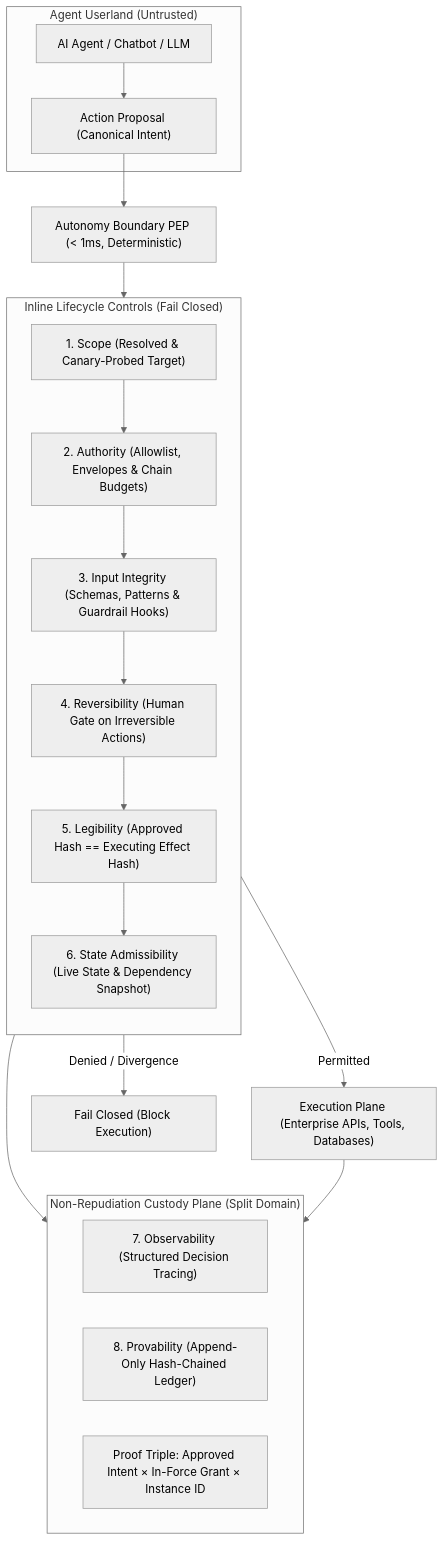
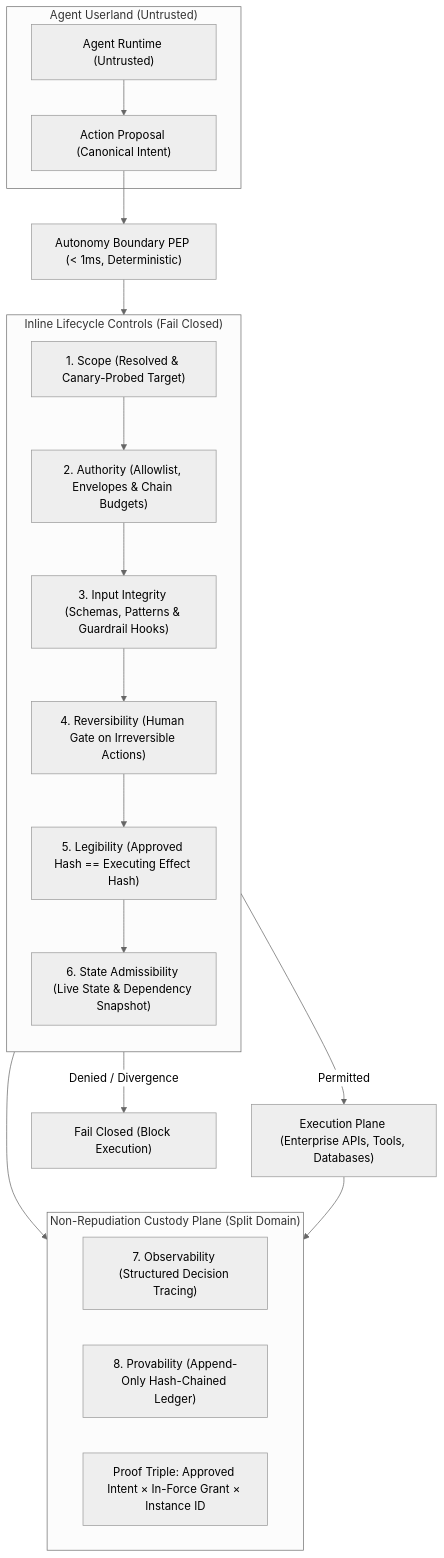
One commit to hoomanp/autonomy-boundary changed the first of 2 diagrams in README.md. Above: the diagram before and after it, drawn with Mermaid (neutral theme). The commit also changed other lines of this file, not shown here.

````diff
--- a/README.md
+++ b/README.md
@@ -75,33 +76,33 @@
 ```mermaid
 flowchart TD
     subgraph AgentRuntime["Agent Userland (Untrusted)"]
-        LLM["AI Agent / Chatbot / LLM"] --> Proposal["Action Proposal (Canonical Intent)"]
+        AgentNode["Agent Runtime (Untrusted)"] --> Proposal["Action Proposal (Canonical Intent)"]
     end
 
     Proposal --> PEP["Autonomy Boundary PEP (< 1ms, Deterministic)"]
 
     subgraph PEPGuards["Inline Lifecycle Controls (Fail Closed)"]
         direction TB
         C1["1. Scope (Resolved & Canary-Probed Target)"]
         C2["2. Authority (Allowlist, Envelopes & Chain Budgets)"]
         C3["3. Input Integrity (Schemas, Patterns & Guardrail Hooks)"]
         C4["4. Reversibility (Human Gate on Irreversible Actions)"]
         C5["5. Legibility (Approved Hash == Executing Effect Hash)"]
         C6["6. State Admissibility (Live State & Dependency Snapshot)"]
         C1 --> C2 --> C3 --> C4 --> C5 --> C6
     end
 
     PEP --> PEPGuards
 
     PEPGuards -->|Permitted| Exec["Execution Plane (Enterprise APIs, Tools, Databases)"]
     PEPGuards -->|Denied / Divergence| FailClosed["Fail Closed (Block Execution)"]
 
     subgraph AuditCustody["Non-Repudiation Custody Plane (Split Domain)"]
         C7["7. Observability (Structured Decision Tracing)"]
         C8["8. Provability (Append-Only Hash-Chained Ledger)"]
         ProofTriple["Proof Triple: Approved Intent × In-Force Grant × Instance ID"]
     end
 
     PEPGuards --> AuditCustody
     Exec --> AuditCustody
 ```
````
